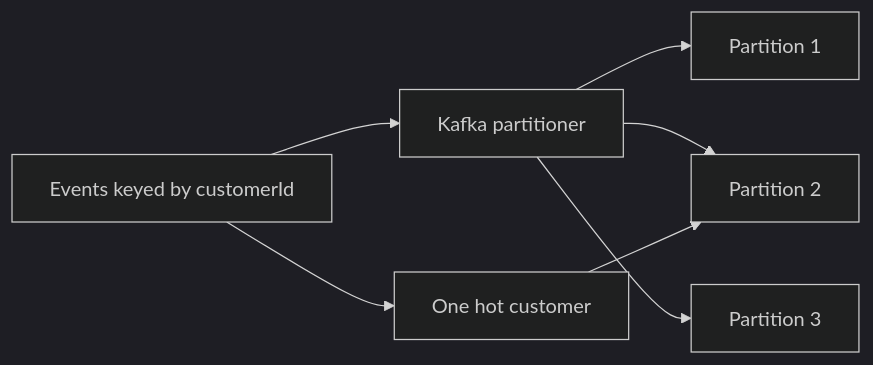
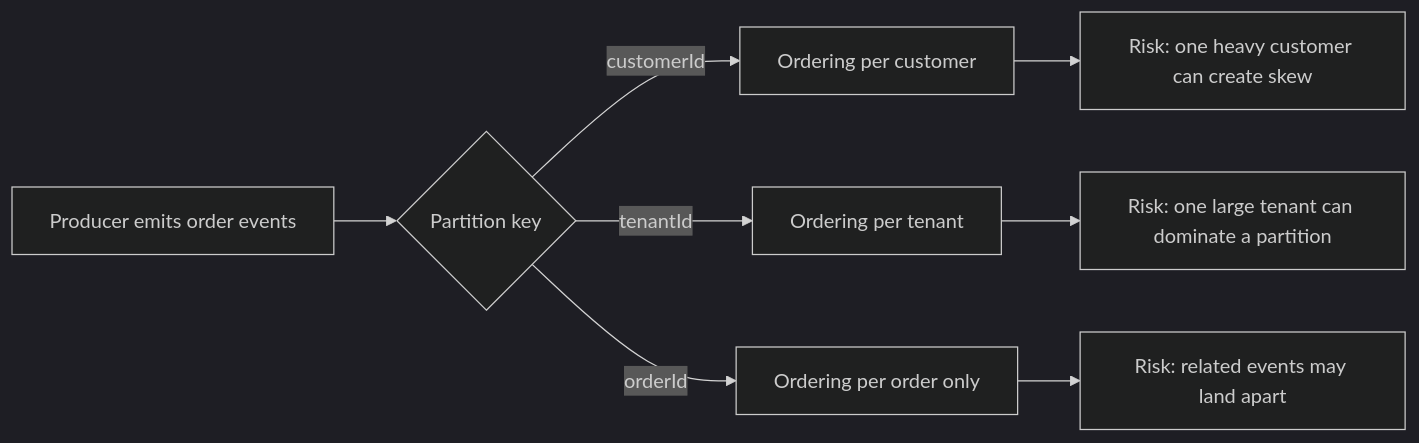
The diagram in _posts/2026-06-01-kafka-partition-strategy-ordering-hotspots-part-1.md (sandeepbhardwaj/sandeepbhardwaj.github.io), drawn with Mermaid (dark theme) before and after one commit. The commit also changed other lines of this file and 113 other files, not shown here.

````diff
--- a/_posts/2026-06-01-kafka-partition-strategy-ordering-hotspots-part-1.md
+++ b/_posts/2026-06-01-kafka-partition-strategy-ordering-hotspots-part-1.md
@@ -45,9 +42,10 @@
 ```mermaid
 flowchart LR
-    A[Events keyed by customerId] --> B[Kafka partitioner]
-    B --> C1[Partition 1]
-    B --> C2[Partition 2]
-    B --> C3[Partition 3]
-    A --> D[One hot customer]
-    D --> C2
+    A[Producer emits order events] --> B{Partition key}
+    B -->|customerId| C[Ordering per customer]
+    B -->|tenantId| D[Ordering per tenant]
+    B -->|orderId| E[Ordering per order only]
+    C --> F[Risk: one heavy customer can create skew]
+    D --> G[Risk: one large tenant can dominate a partition]
+    E --> H[Risk: related events may land apart]
 ```
````
